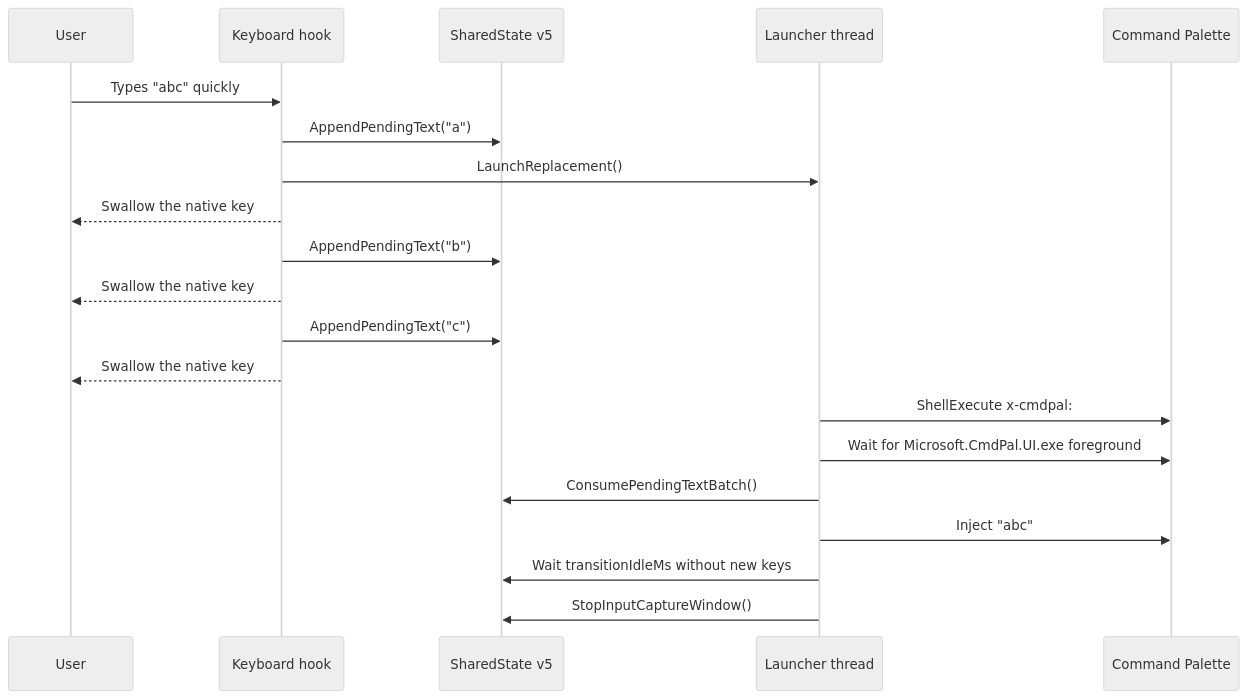
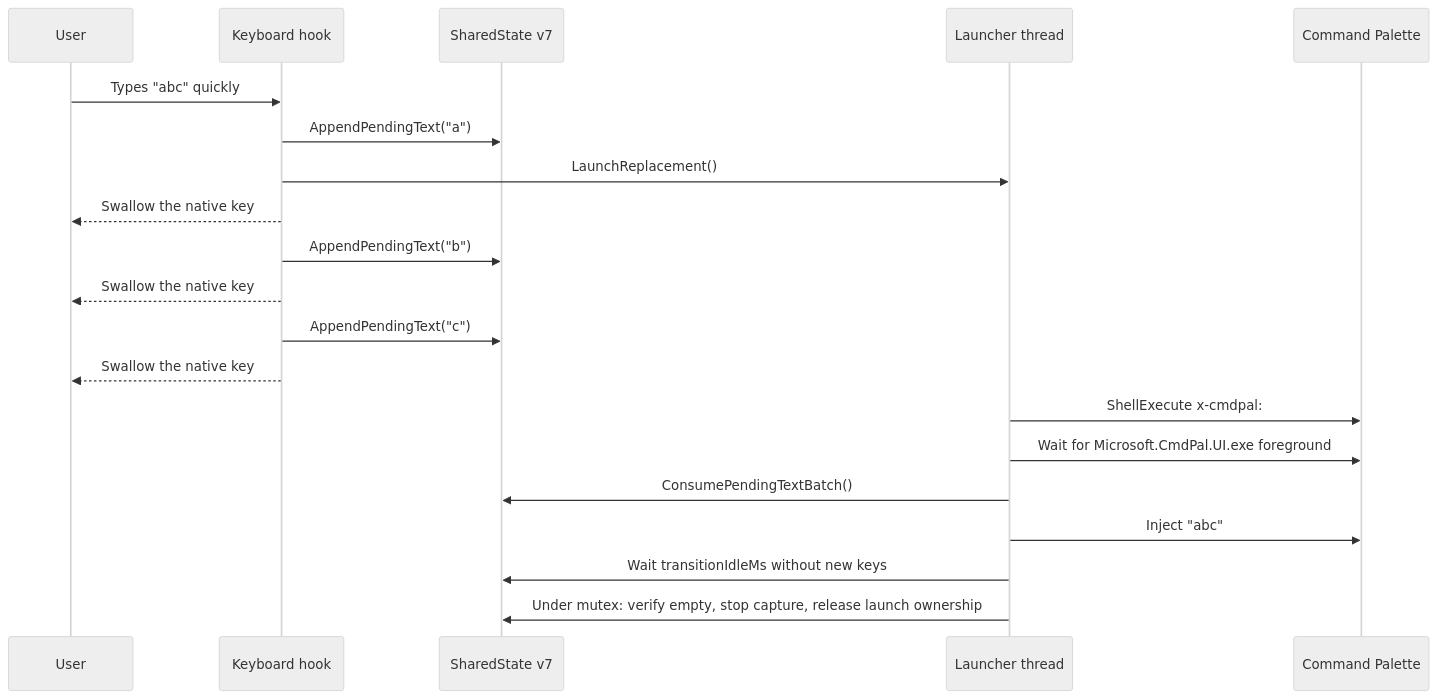
Before and after one commit to Fefedu973/Windows-Search-Redirector: the second of 5 diagrams in README.md, drawn with Mermaid (neutral theme). The commit also changed other lines of this file and 10 other files, not shown here.

````diff
--- a/README.md
+++ b/README.md
@@ -85,23 +85,23 @@
 ```mermaid
 sequenceDiagram
     participant U as User
     participant K as Keyboard hook
-    participant S as SharedState v5
+    participant S as SharedState v7
     participant L as Launcher thread
     participant C as Command Palette
 
     U->>K: Types "abc" quickly
     K->>S: AppendPendingText("a")
     K->>L: LaunchReplacement()
     K-->>U: Swallow the native key
     K->>S: AppendPendingText("b")
     K-->>U: Swallow the native key
     K->>S: AppendPendingText("c")
     K-->>U: Swallow the native key
     L->>C: ShellExecute x-cmdpal:
     L->>C: Wait for Microsoft.CmdPal.UI.exe foreground
     L->>S: ConsumePendingTextBatch()
     L->>C: Inject "abc"
     L->>S: Wait transitionIdleMs without new keys
-    L->>S: StopInputCaptureWindow()
+    L->>S: Under mutex: verify empty, stop capture, release launch ownership
 ```
````
